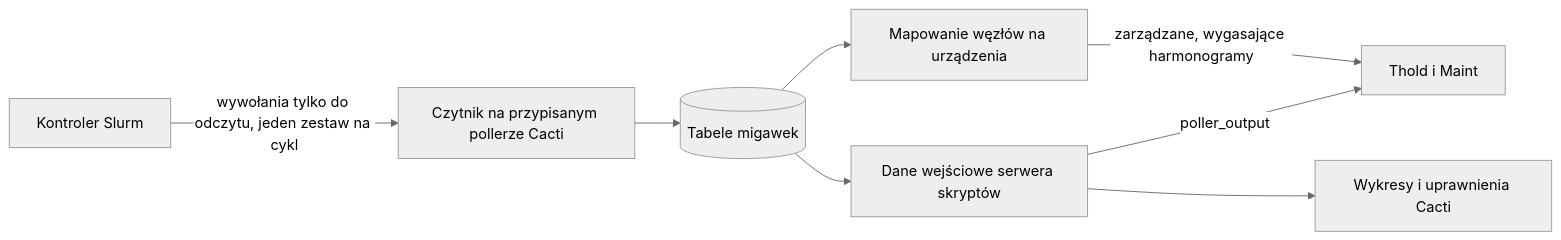
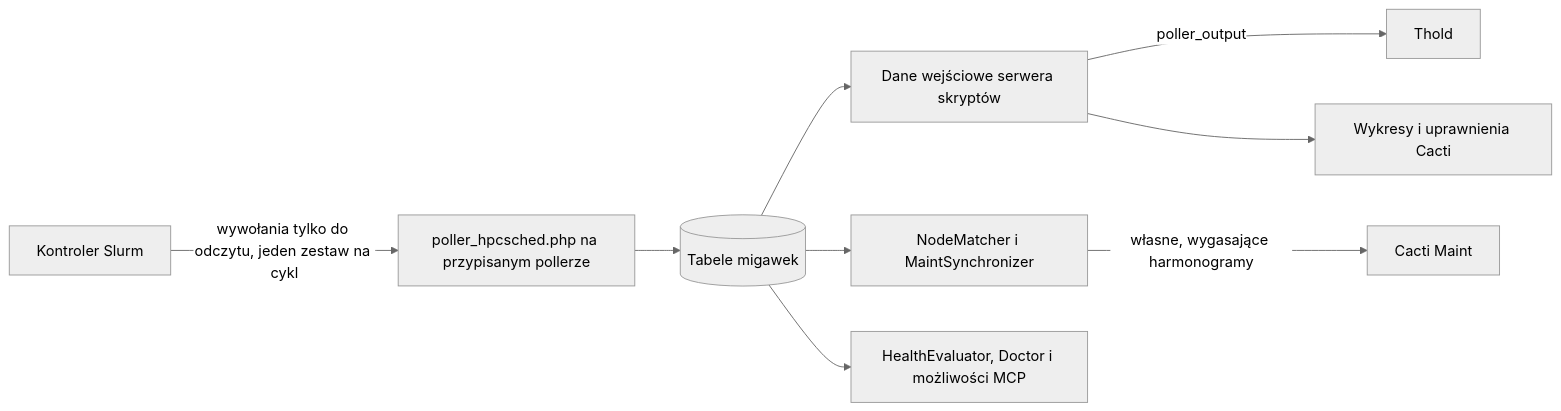
One commit to somethingwithproof/plugin_hpcsched changed the diagram in docs/i18n/pl-PL/README.md. Above: the diagram before and after it, drawn with Mermaid (neutral theme). The commit also changed other lines of this file and 48 other files, not shown here.

````diff
--- a/docs/i18n/pl-PL/README.md
+++ b/docs/i18n/pl-PL/README.md
@@ -99,10 +163,11 @@
 ```mermaid
 flowchart LR
-    S[Kontroler Slurm] -->|wywołania tylko do odczytu, jeden zestaw na cykl| R[Czytnik na przypisanym pollerze Cacti]
+    S[Kontroler Slurm] -->|wywołania tylko do odczytu, jeden zestaw na cykl| R[poller_hpcsched.php na przypisanym pollerze]
     R --> SNAP[(Tabele migawek)]
     SNAP --> SS[Dane wejściowe serwera skryptów]
-    SS -->|poller_output| T[Thold i Maint]
+    SS -->|poller_output| T[Thold]
     SS --> G[Wykresy i uprawnienia Cacti]
-    SNAP --> MAP[Mapowanie węzłów na urządzenia]
-    MAP -->|zarządzane, wygasające harmonogramy| T
+    SNAP --> MAP[NodeMatcher i MaintSynchronizer]
+    MAP -->|własne, wygasające harmonogramy| M[Cacti Maint]
+    SNAP --> H[HealthEvaluator, Doctor i możliwości MCP]
 ```
````
